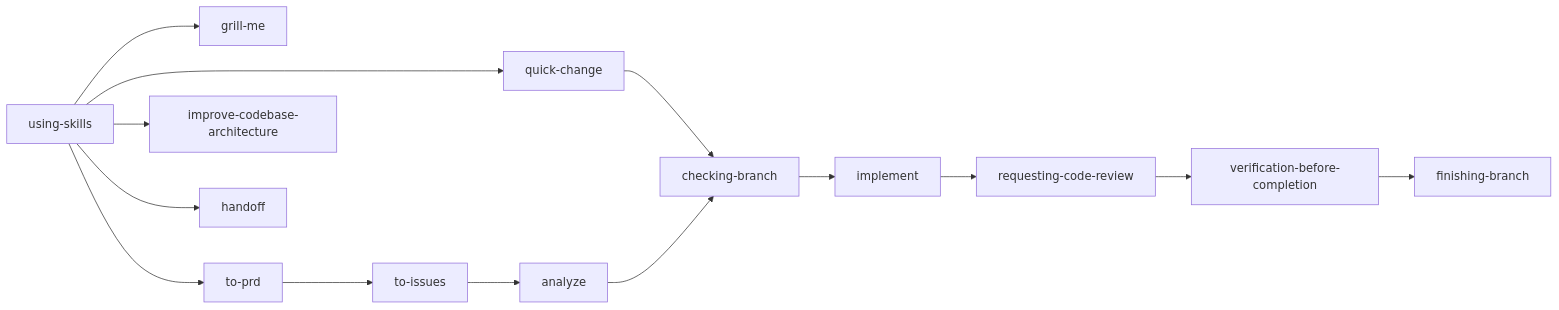
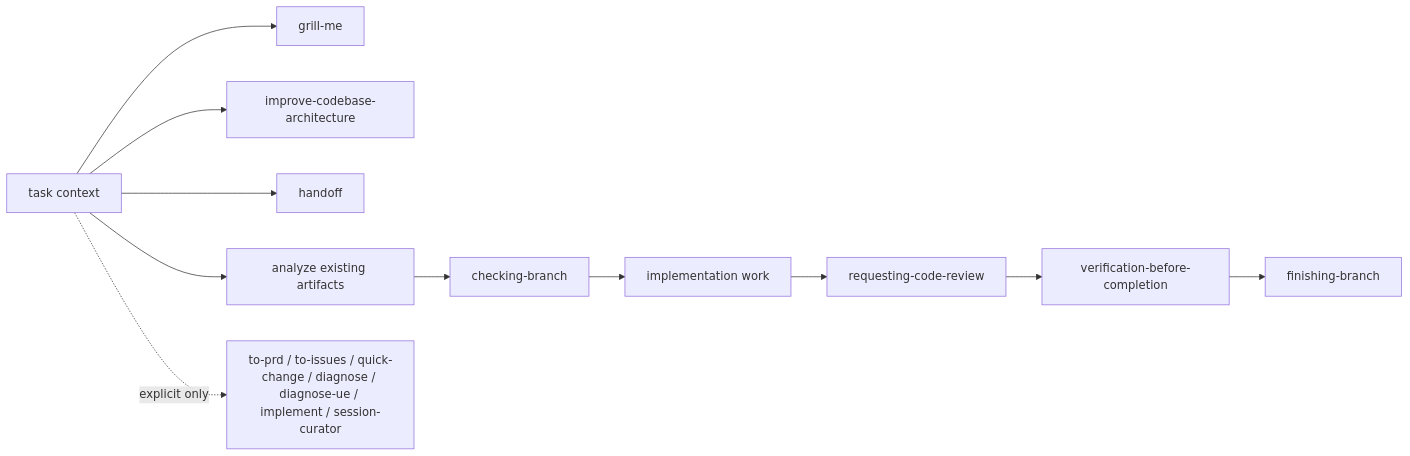
One commit to fjxyyzg3/Skills changed the diagram in README.md. Above: the diagram before and after it, drawn with Mermaid. The commit also changed other lines of this file and 18 other files, not shown here.

Commit message:
Restrict workflow skills to explicit invocation

````diff
--- a/README.md
+++ b/README.md
@@ -7,16 +7,13 @@
 ```mermaid
 flowchart LR
-  Router["using-skills"] --> Grill["grill-me"]
-  Router --> Quick["quick-change"]
-  Router --> PRD["to-prd"]
-  Router --> Architecture["improve-codebase-architecture"]
-  Router --> Handoff["handoff"]
-  Quick --> Branch
-  PRD --> Issues["to-issues"]
-  Issues --> Analyze["analyze"]
+  Start["task context"] --> Grill["grill-me"]
+  Start --> Architecture["improve-codebase-architecture"]
+  Start --> Handoff["handoff"]
+  Start --> Analyze["analyze existing artifacts"]
   Analyze --> Branch["checking-branch"]
-  Branch --> Implement["implement"]
-  Implement --> Review["requesting-code-review"]
+  Branch --> Work["implementation work"]
+  Work --> Review["requesting-code-review"]
   Review --> Verify["verification-before-completion"]
   Verify --> Finish["finishing-branch"]
+  Start -. "explicit only" .-> Manual["to-prd / to-issues / quick-change / diagnose / diagnose-ue / implement / session-curator"]
 ```
````
